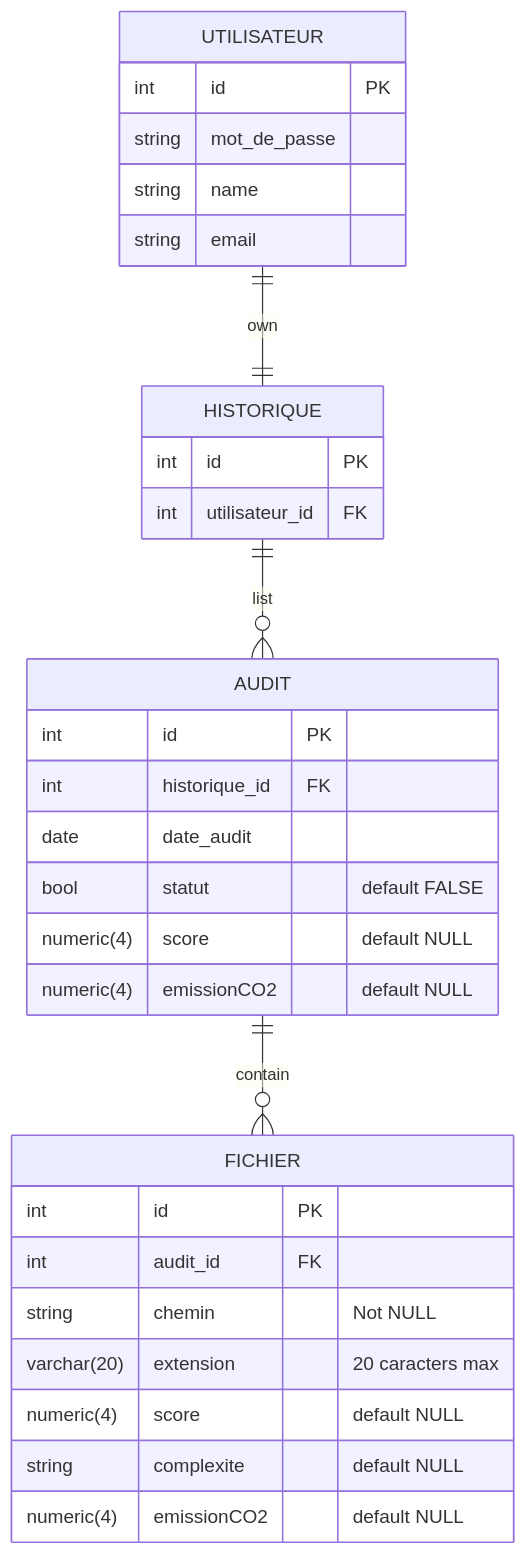
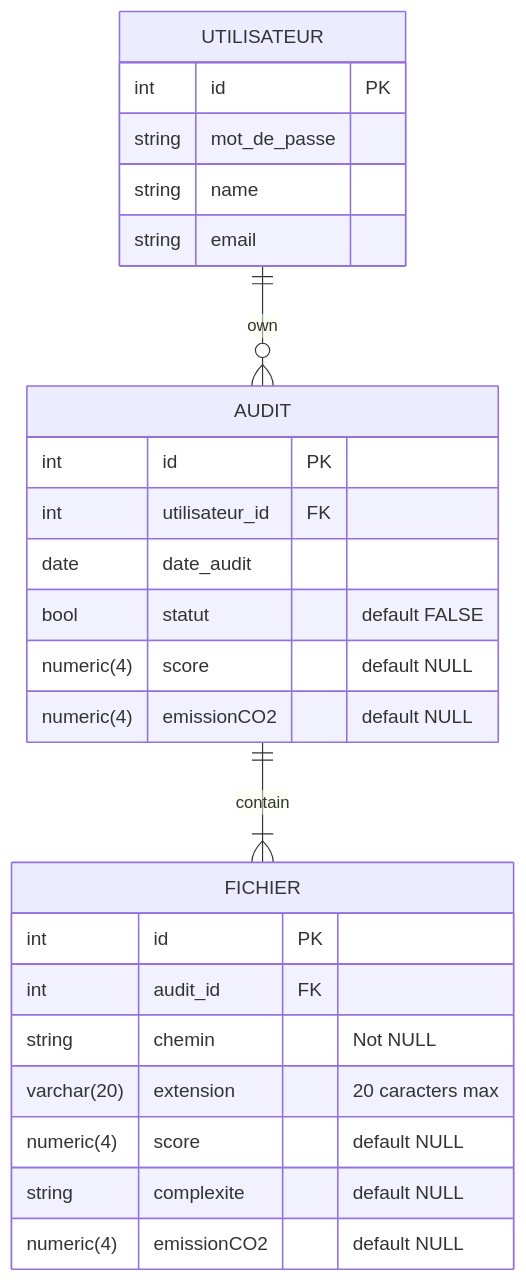
The diagram in doc/database_diagram.md (Tympwu/Projet-2A-Info-ENSAI), drawn with Mermaid before and after one commit. The commit also changed 1 other file, not shown here.

Commit message:
Correction audit et modification diagramme de base

````diff
--- a/doc/database_diagram.md
+++ b/doc/database_diagram.md
@@ -16,34 +16,29 @@
 ```mermaid
 erDiagram
-    UTILISATEUR ||--|| HISTORIQUE : own
+    UTILISATEUR ||--o{ AUDIT : own
     UTILISATEUR {
         int id PK
         string mot_de_passe
         string name
         string email
     }
-    HISTORIQUE ||--o{ AUDIT : list
-    HISTORIQUE {
+    AUDIT ||--|{ FICHIER : contain
+    AUDIT {
         int id PK
         int utilisateur_id FK
-    }
-    AUDIT ||--o{ FICHIER : contain
-    AUDIT {
-        int id PK
-        int historique_id FK
         date date_audit
         bool statut "default FALSE"
         numeric(4) score "default NULL"
         numeric(4) emissionCO2 "default NULL"
     }
     FICHIER {
       int id PK
       int audit_id FK
       string chemin "Not NULL"
       varchar(20) extension "20 caracters max"
       numeric(4) score "default NULL"
       string complexite "default NULL"
       numeric(4) emissionCO2 "default NULL"
     }
 
 ```
````
